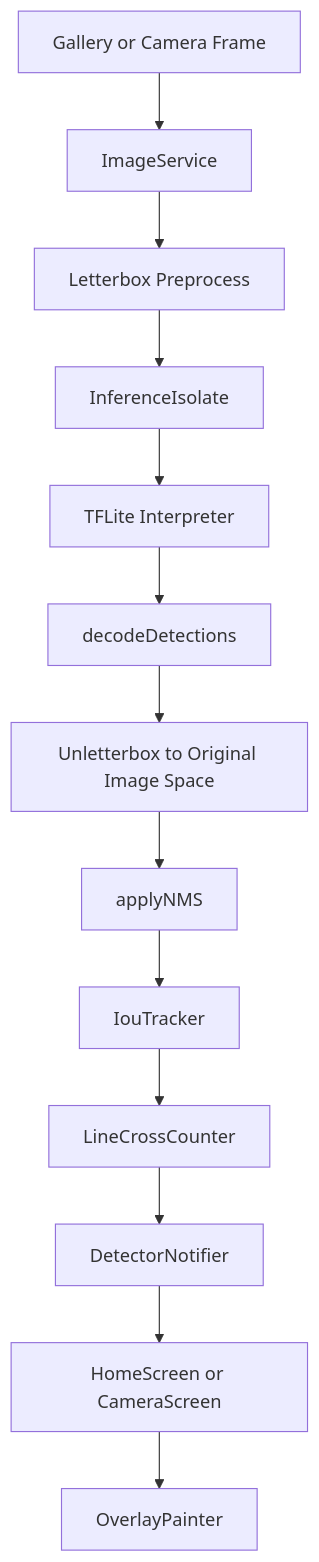
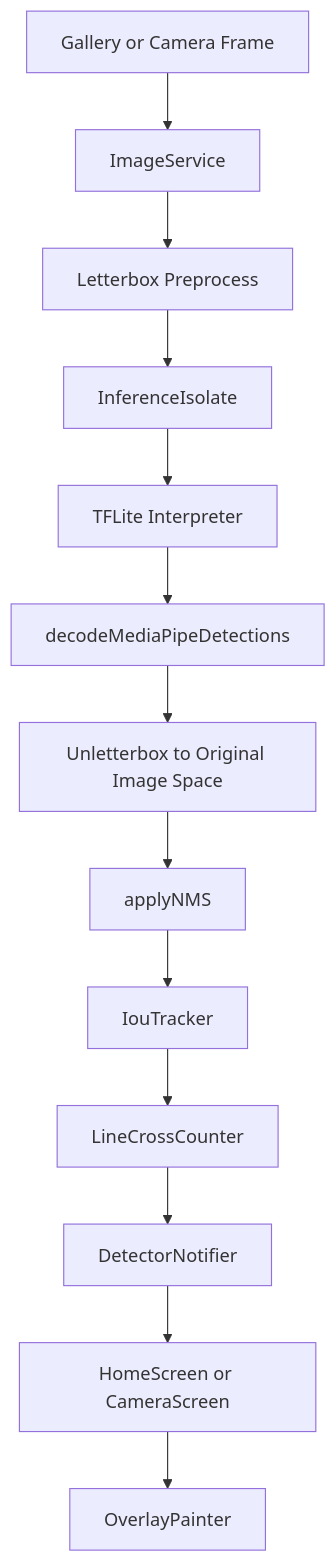
The diagram in README.md (thanhtupppp/diemsoluong), drawn with Mermaid before and after one commit. The commit also changed other lines of this file and 10 other files, not shown here.

Commit message:
feat: implement MediaPipe EfficientDet inference pipeline in dedicated isolate

````diff
--- a/README.md
+++ b/README.md
@@ -41,15 +38,15 @@
 ```mermaid
 graph TD
     A[Gallery or Camera Frame] --> B[ImageService]
     B --> C[Letterbox Preprocess]
     C --> D[InferenceIsolate]
     D --> E[TFLite Interpreter]
-    E --> F[decodeDetections]
+    E --> F[decodeMediaPipeDetections]
     F --> G[Unletterbox to Original Image Space]
     G --> H[applyNMS]
     H --> I[IouTracker]
     I --> J[LineCrossCounter]
     J --> K[DetectorNotifier]
     K --> L[HomeScreen or CameraScreen]
     L --> M[OverlayPainter]
 ```
````
